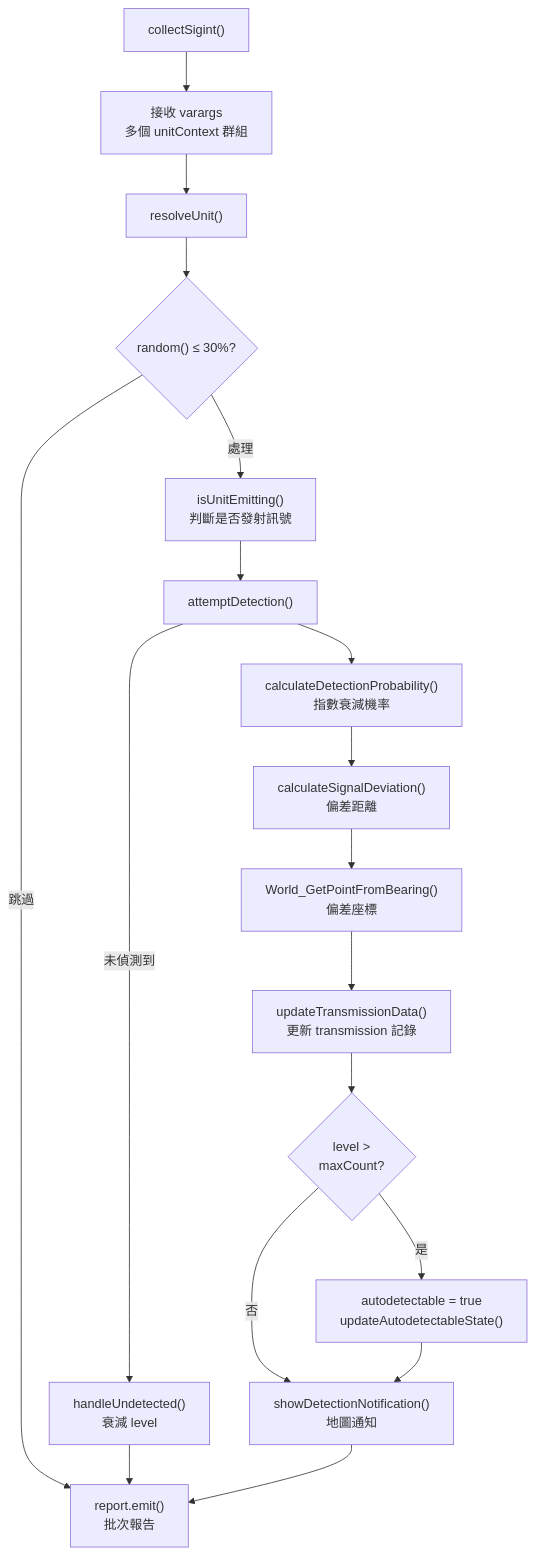
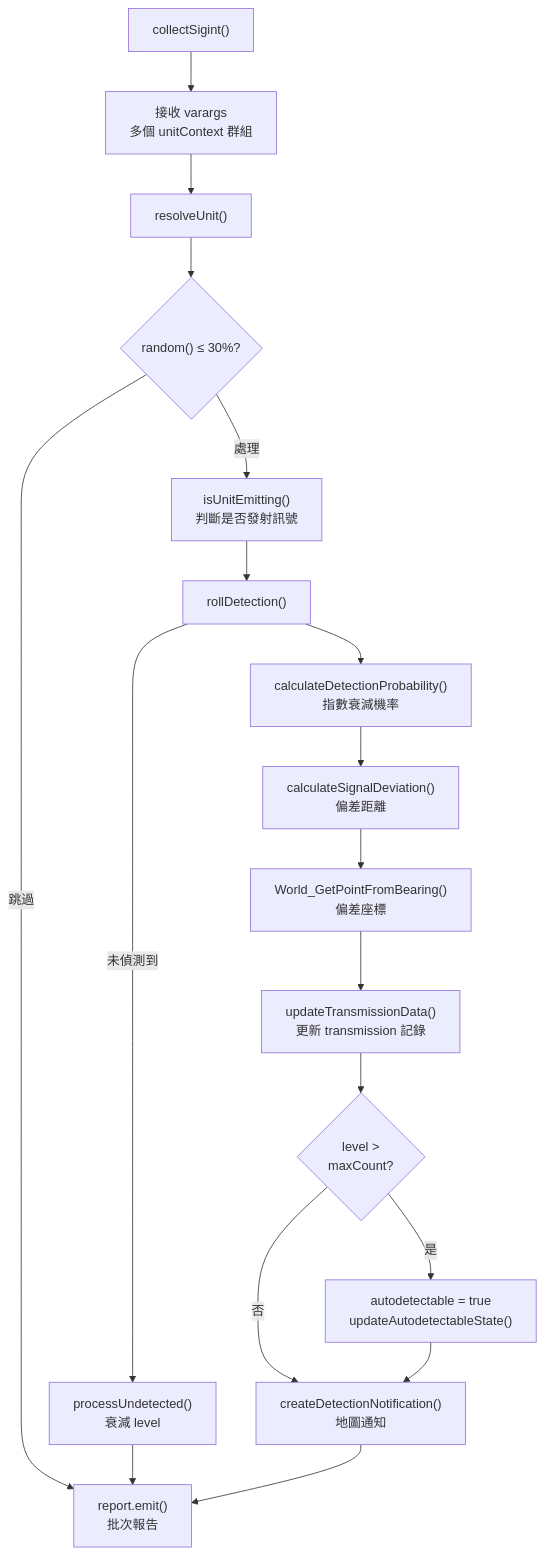
One commit to pullupjumper/formosa-in-flames changed the third of 3 diagrams in docs/ew/sigint.md. Above: the diagram before and after it, drawn with Mermaid. The commit also changed 93 other files, not shown here.

````diff
--- a/docs/ew/sigint.md
+++ b/docs/ew/sigint.md
@@ -113,36 +113,36 @@
 ```mermaid
 flowchart TD
     START["collectSigint()"]
     ARGS["接收 varargs<br>多個 unitContext 群組"]
     RESOLVE["resolveUnit()"]
     SKIP{"random() ≤ 30%?"}
     EMIT["isUnitEmitting()<br>判斷是否發射訊號"]
-    DETECT["attemptDetection()"]
+    DETECT["rollDetection()"]
     PROB["calculateDetectionProbability()<br>指數衰減機率"]
     DEV["calculateSignalDeviation()<br>偏差距離"]
     BEARING["World_GetPointFromBearing()<br>偏差座標"]
     UPDATE["updateTransmissionData()<br>更新 transmission 記錄"]
     AUTO{"level ><br>maxCount?"}
     AUTODETECT["autodetectable = true<br>updateAutodetectableState()"]
-    UNDETECTED["handleUndetected()<br>衰減 level"]
-    NOTIFY["showDetectionNotification()<br>地圖通知"]
+    UNDETECTED["processUndetected()<br>衰減 level"]
+    NOTIFY["createDetectionNotification()<br>地圖通知"]
     LOG["report.emit()<br>批次報告"]
 
     START --> ARGS
     ARGS --> RESOLVE
     RESOLVE --> SKIP
     SKIP -->|跳過| LOG
     SKIP -->|處理| EMIT
     EMIT --> DETECT
     DETECT --> PROB
     PROB --> DEV
     DEV --> BEARING
     BEARING --> UPDATE
     UPDATE --> AUTO
     AUTO -->|是| AUTODETECT
     AUTO -->|否| NOTIFY
     AUTODETECT --> NOTIFY
     DETECT -->|未偵測到| UNDETECTED
     UNDETECTED --> LOG
     NOTIFY --> LOG
 ```
````
